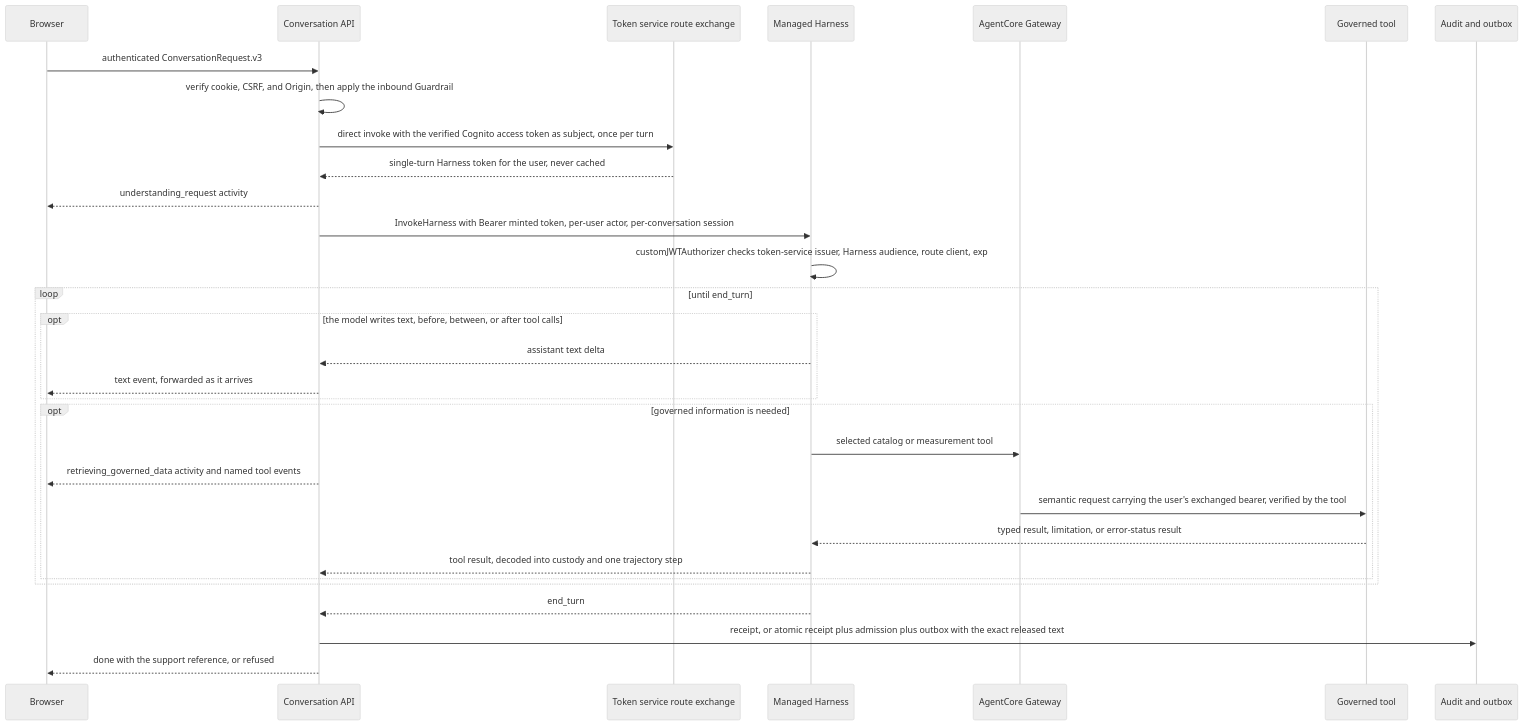
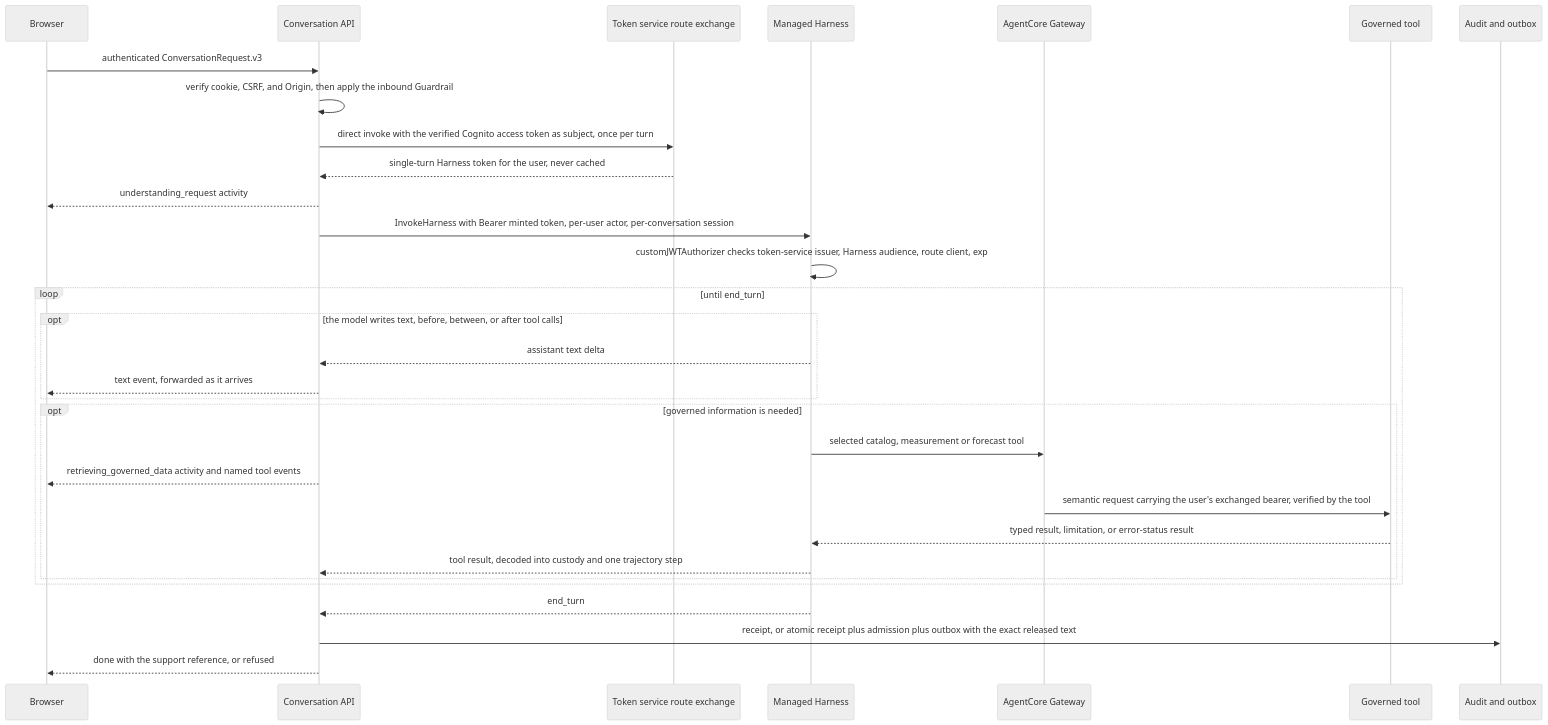
The first of 2 diagrams in docs/capabilities/conversational-runtime/architecture.md (aws-samples/sample-adlytics-ai), drawn with Mermaid (neutral theme) before and after one commit. The commit also changed other lines of this file and 120 other files, not shown here.

First line of the commit message:
feat(demand-forecast): slice 3 forecast reader, page, chat tool, alarms and 50,000-product publisher sizing (#38)

````diff
--- a/docs/capabilities/conversational-runtime/architecture.md
+++ b/docs/capabilities/conversational-runtime/architecture.md
@@ -21,33 +21,33 @@
 ```mermaid
 sequenceDiagram
     participant U as Browser
     participant A as Conversation API
     participant S as Token service route exchange
     participant H as Managed Harness
     participant G as AgentCore Gateway
     participant T as Governed tool
     participant O as Audit and outbox
     U->>A: authenticated ConversationRequest.v3
     A->>A: verify cookie, CSRF, and Origin, then apply the inbound Guardrail
     A->>S: direct invoke with the verified Cognito access token as subject, once per turn
     S-->>A: single-turn Harness token for the user, never cached
     A-->>U: understanding_request activity
     A->>H: InvokeHarness with Bearer minted token, per-user actor, per-conversation session
     H->>H: customJWTAuthorizer checks token-service issuer, Harness audience, route client, exp
     loop until end_turn
         opt the model writes text, before, between, or after tool calls
             H-->>A: assistant text delta
             A-->>U: text event, forwarded as it arrives
         end
         opt governed information is needed
-            H->>G: selected catalog or measurement tool
+            H->>G: selected catalog, measurement or forecast tool
             A-->>U: retrieving_governed_data activity and named tool events
             G->>T: semantic request carrying the user's exchanged bearer, verified by the tool
             T-->>H: typed result, limitation, or error-status result
             H-->>A: tool result, decoded into custody and one trajectory step
         end
     end
     H-->>A: end_turn
     A->>O: receipt, or atomic receipt plus admission plus outbox with the exact released text
     A-->>U: done with the support reference, or refused
 ```
````
